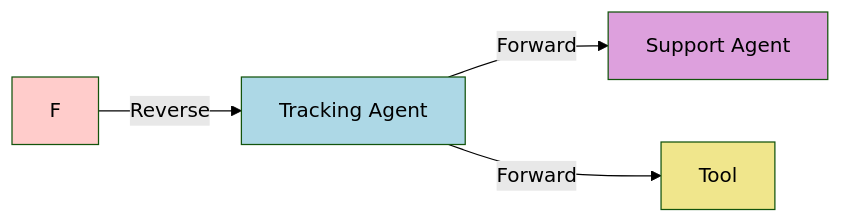
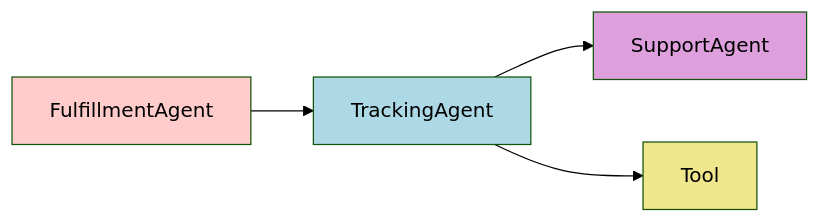
One commit to beckn/transactional-ai-bap changed the eighth of 13 diagrams in arch/bap-state-machine.md. Above: the diagram before and after it, drawn with Mermaid (forest theme). The commit also changed other lines of this file, not shown here.

````diff
--- a/arch/bap-state-machine.md
+++ b/arch/bap-state-machine.md
@@ -287,11 +293,12 @@
 ```mermaid
 graph LR
-    T[Tracking Agent] -->|Forward| S[Support Agent]
-    T -->|Forward| Tool
-    F -->|Reverse| T
+    TrackingAgent --> SupportAgent
+    TrackingAgent --> Tool
+    FulfillmentAgent --> TrackingAgent
 
-    style T fill:#add8e6
-    style S fill:#dda0dd
-    style F fill:#ffcccb
+    style TrackingAgent fill:#add8e6
+    style SupportAgent fill:#dda0dd
+    style FulfillmentAgent fill:#ffcccb
     style Tool fill:#f0e68c
+
 ```
````
